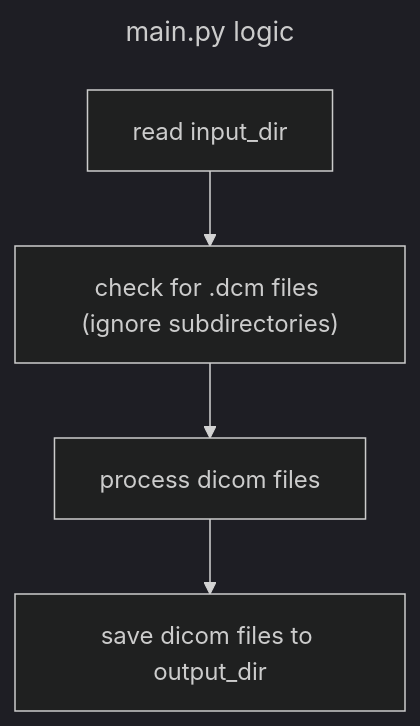
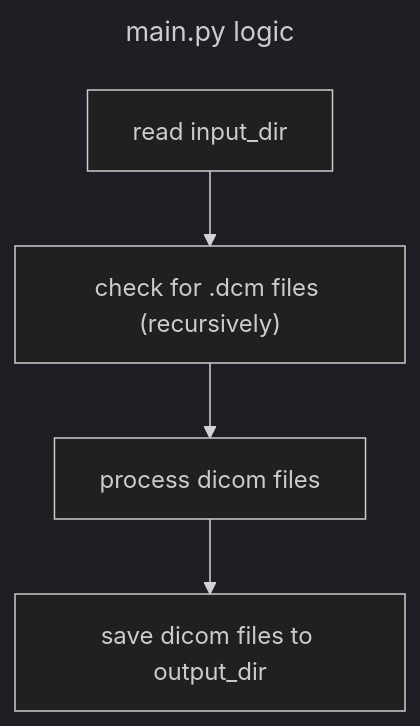
Before and after one commit to Newtons-Tree/hello-world-dicom: the diagram in README.md, drawn with Mermaid (dark theme). The commit also changed other lines of this file and 2 other files, not shown here.

````diff
--- a/README.md
+++ b/README.md
@@ -7,11 +7,11 @@
 ```mermaid
 ---
 title: main.py logic
 ---
 flowchart TD
   read["read input_dir"]
-  scan["check for .dcm files (ignore subdirectories)"]
+  scan["check for .dcm files (recursively)"]
   process["process dicom files"]
   write["save dicom files to output_dir"]
   read --> scan --> process -->write
 ```
````
